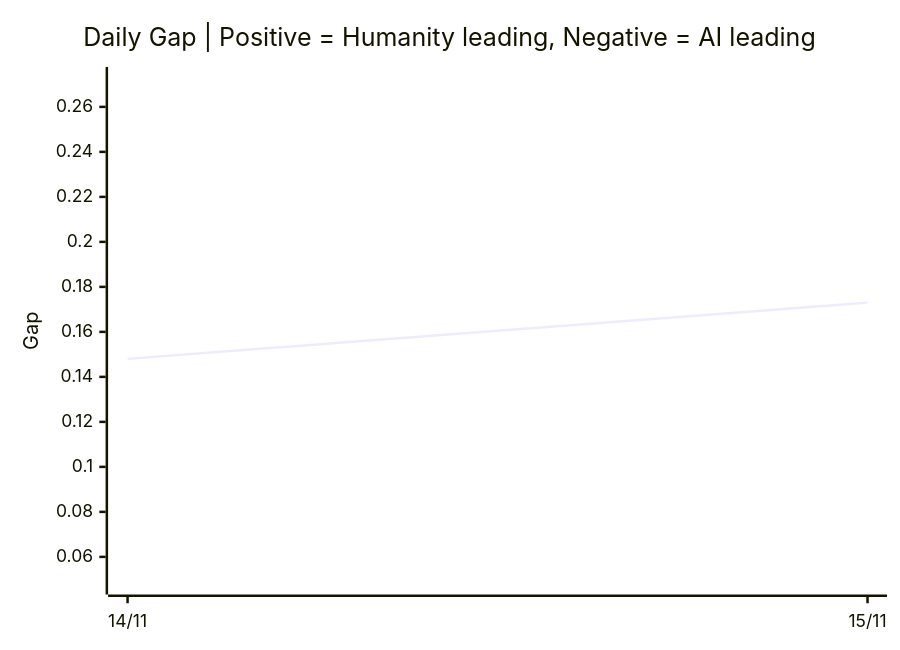
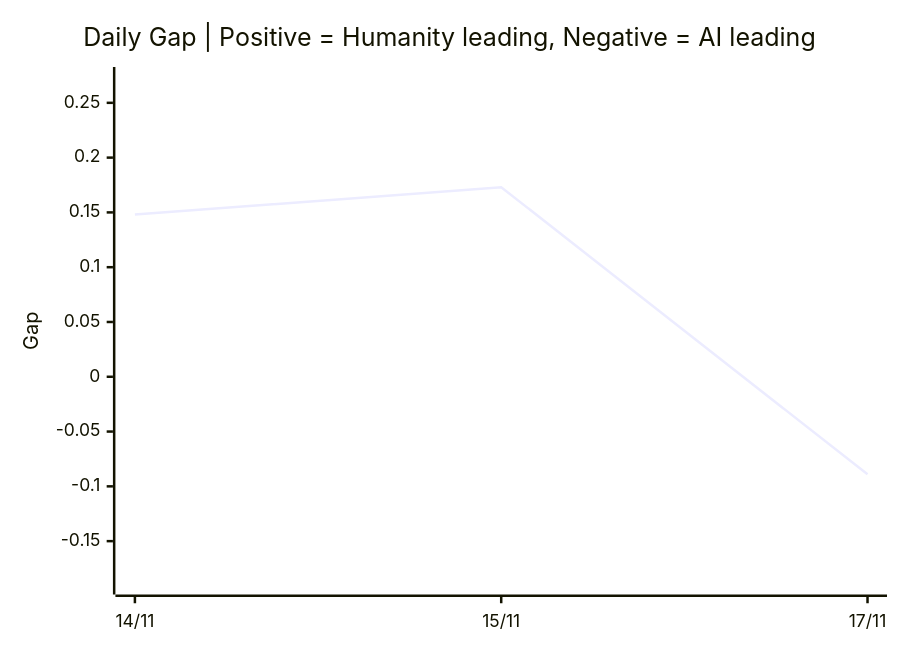
The third of 3 diagrams in README.md (VQQLK/Human-AI-Monitor), drawn with Mermaid before and after one commit. The commit also changed other lines of this file and 3 other files, not shown here.

````diff
--- a/README.md
+++ b/README.md
@@ -55,7 +55,7 @@
 ```mermaid
 xychart-beta
     title "Daily Gap | Positive = Humanity leading, Negative = AI leading"
-    x-axis ["14/11", "15/11"]
-    y-axis "Gap" 0.048 --> 0.273
-    line [0.148, 0.173]
+    x-axis ["14/11", "15/11", "17/11"]
+    y-axis "Gap" -0.189 --> 0.273
+    line [0.148, 0.173, -0.089]
 ```
````
